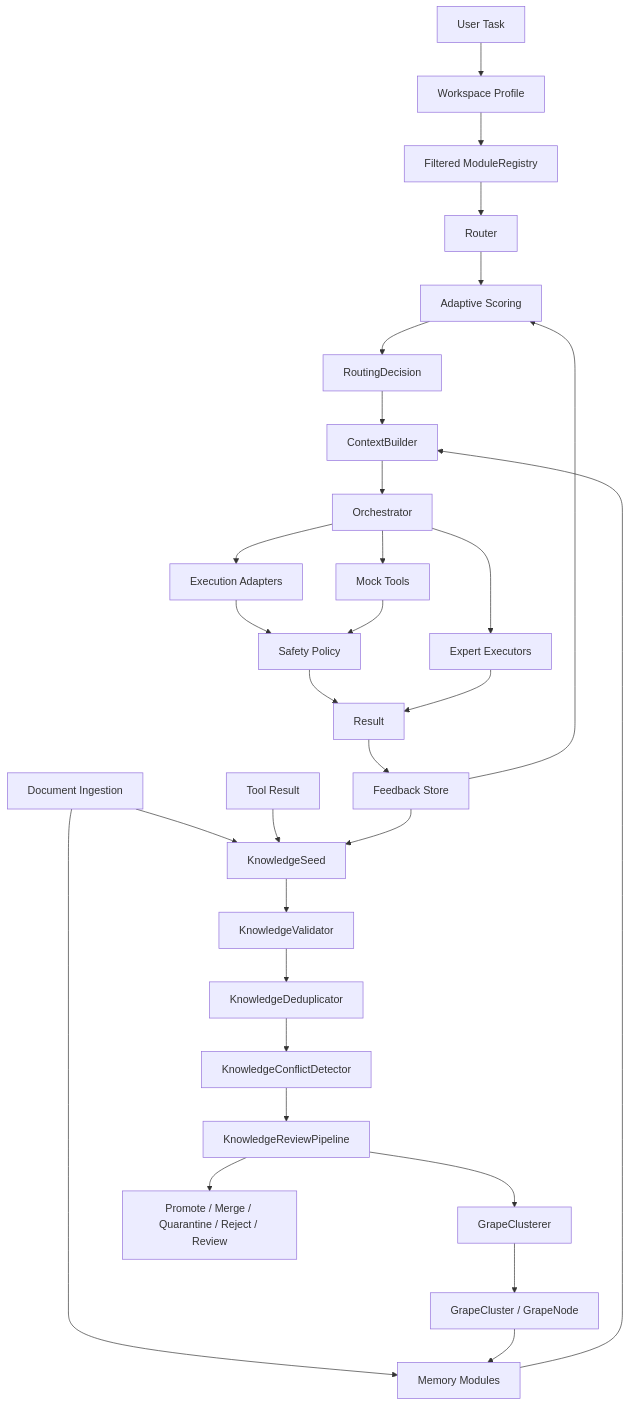
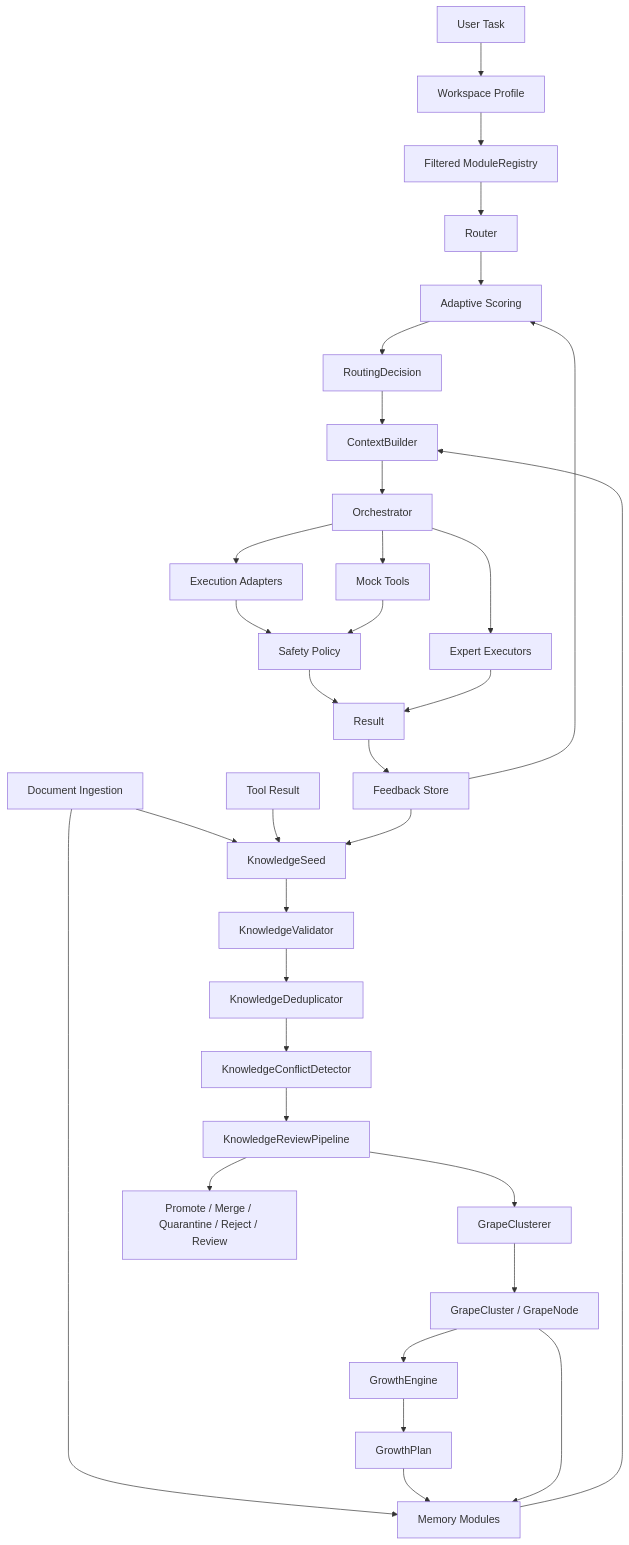
The diagram in README.md (Robotyaga/Grona), drawn with Mermaid before and after one commit. The commit also changed other lines of this file and 13 other files, not shown here.

First line of the commit message:
Add GrowthEngine MVP for Growth Lab

````diff
--- a/README.md
+++ b/README.md
@@ -50,32 +53,35 @@
 ```mermaid
 flowchart TD
     A[User Task] --> B[Workspace Profile]
     B --> C[Filtered ModuleRegistry]
     C --> D[Router]
     F[Feedback Store] --> E[Adaptive Scoring]
     D --> E
     E --> G[RoutingDecision]
     H[Memory Modules] --> I[ContextBuilder]
     J[Document Ingestion] --> H
     J --> Q[KnowledgeSeed]
     R[Tool Result] --> Q
     F --> Q
     Q --> S[KnowledgeValidator]
     S --> U[KnowledgeDeduplicator]
     U --> V[KnowledgeConflictDetector]
     V --> W[KnowledgeReviewPipeline]
     W --> X[GrapeClusterer]
     X --> Y[GrapeCluster / GrapeNode]
+    Y --> Z[GrowthEngine]
+    Z --> AA[GrowthPlan]
+    AA --> H
     Y --> H
     W --> T[Promote / Merge / Quarantine / Reject / Review]
     G --> I
     I --> K[Orchestrator]
     K --> L[Expert Executors]
     K --> M[Execution Adapters]
     K --> N[Mock Tools]
     M --> O[Safety Policy]
     N --> O
     O --> P[Result]
     L --> P
     P --> F
 ```
````
